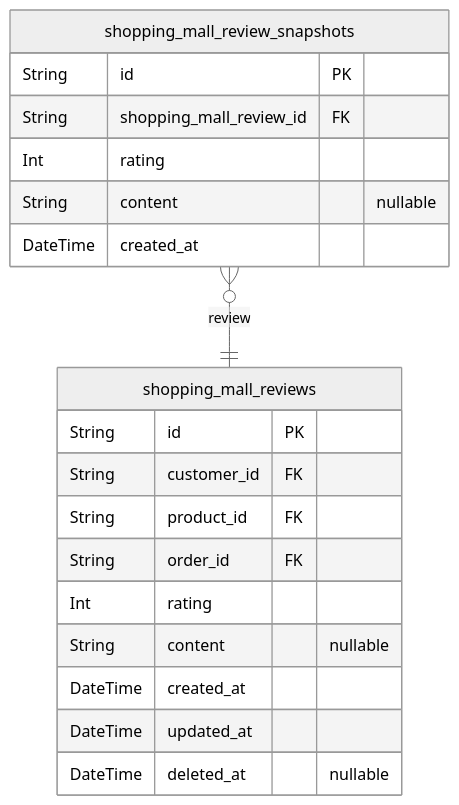
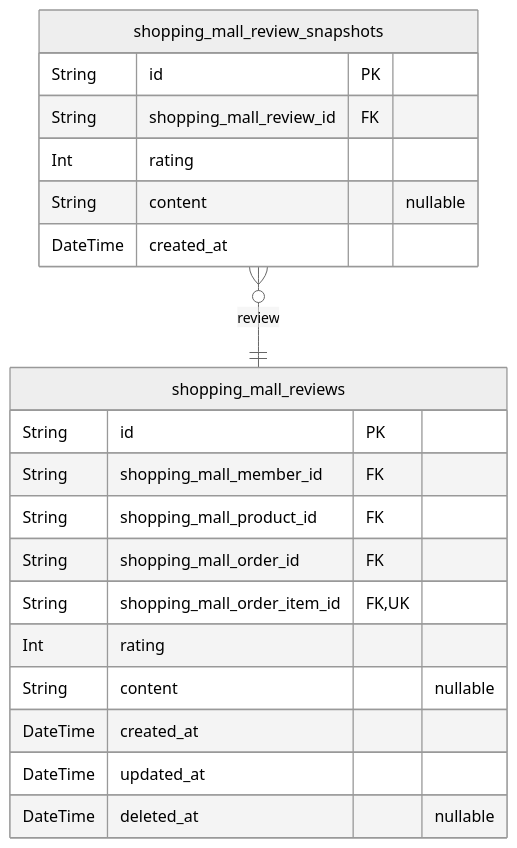
One commit to wrtnlabs/autobe-examples changed diagram 11 of 11 in qwen/qwen3.5-397b-a17b/shopping/docs/ERD.md. Above: the diagram before and after it, drawn with Mermaid (neutral theme). The commit also changed other lines of this file and 32093 other files, not shown here.

````diff
--- a/qwen/qwen3.5-397b-a17b/shopping/docs/ERD.md
+++ b/qwen/qwen3.5-397b-a17b/shopping/docs/ERD.md
@@ -1435,22 +3312,23 @@
 ```mermaid
 erDiagram
 "shopping_mall_reviews" {
   String id PK
-  String customer_id FK
-  String product_id FK
-  String order_id FK
+  String shopping_mall_member_id FK
+  String shopping_mall_product_id FK
+  String shopping_mall_order_id FK
+  String shopping_mall_order_item_id FK,UK
   Int rating
   String content "nullable"
   DateTime created_at
   DateTime updated_at
   DateTime deleted_at "nullable"
 }
 "shopping_mall_review_snapshots" {
   String id PK
   String shopping_mall_review_id FK
   Int rating
   String content "nullable"
   DateTime created_at
 }
 "shopping_mall_review_snapshots" }o--|| "shopping_mall_reviews" : review
 ```
````
